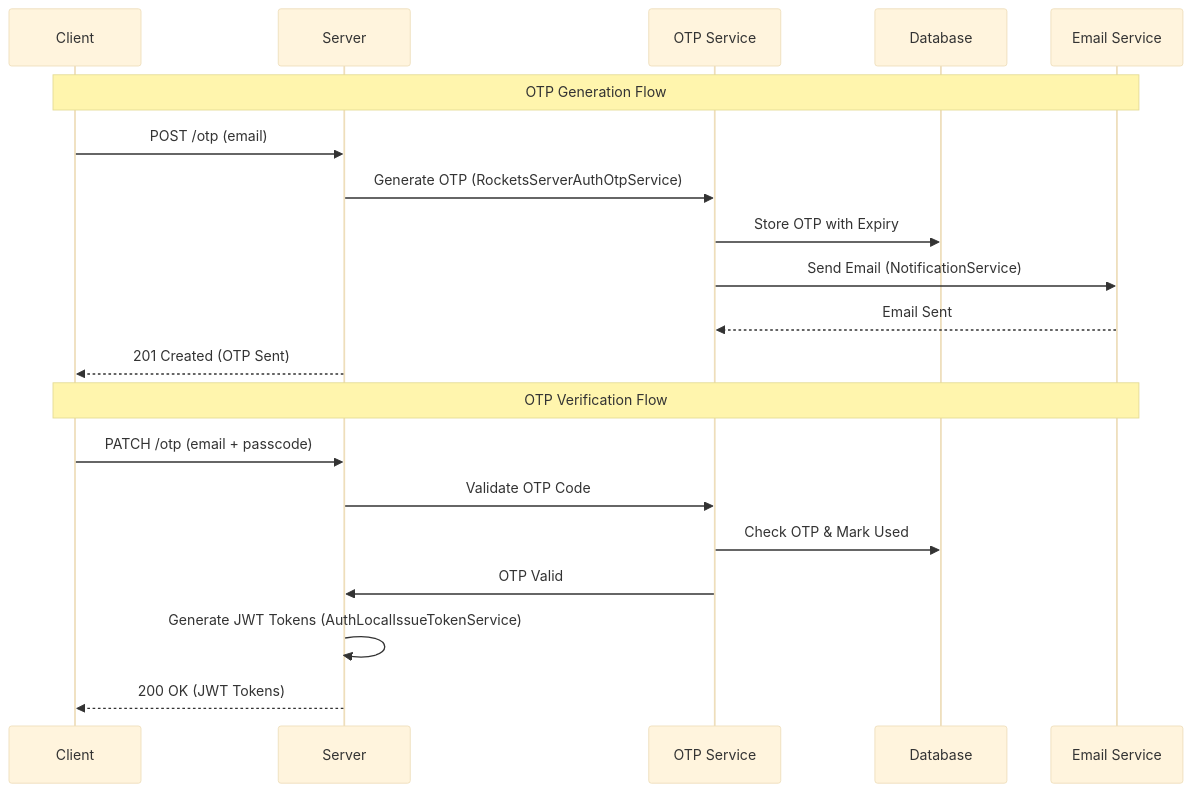
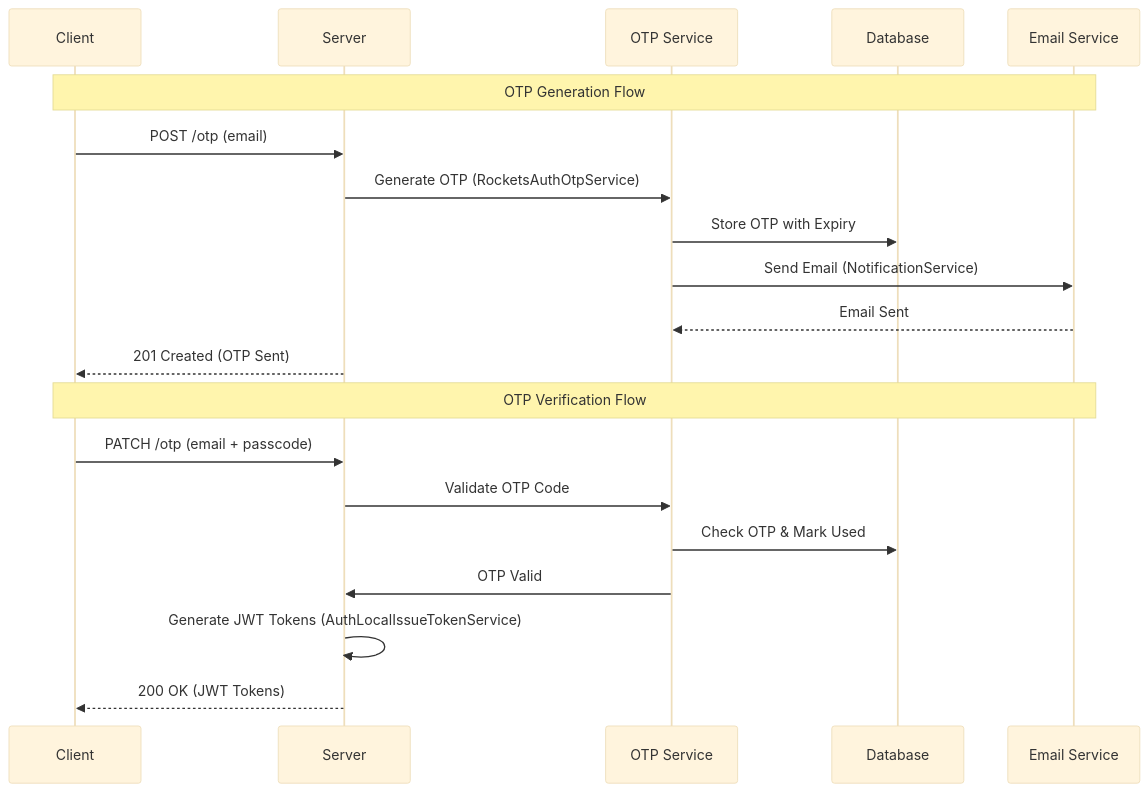
The sixth of 11 diagrams in packages/rockets-server-auth/README.md (tnramalho/rockets-sdk), drawn with Mermaid (base theme) before and after one commit. The commit also changed other lines of this file and 190 other files, not shown here.

````diff
--- a/packages/rockets-server-auth/README.md
+++ b/packages/rockets-server-auth/README.md
@@ -1967,24 +1967,24 @@
 ```mermaid
 sequenceDiagram
     participant C as Client
     participant S as Server
     participant OS as OTP Service
     participant D as Database
     participant E as Email Service
     
     Note over C,E: OTP Generation Flow
     C->>S: POST /otp (email)
-    S->>OS: Generate OTP (RocketsServerAuthOtpService)
+    S->>OS: Generate OTP (RocketsAuthOtpService)
     OS->>D: Store OTP with Expiry
     OS->>E: Send Email (NotificationService)
     E-->>OS: Email Sent
     S-->>C: 201 Created (OTP Sent)
     
     Note over C,E: OTP Verification Flow
     C->>S: PATCH /otp (email + passcode)
     S->>OS: Validate OTP Code
     OS->>D: Check OTP & Mark Used
     OS->>S: OTP Valid
     S->>S: Generate JWT Tokens (AuthLocalIssueTokenService)
     S-->>C: 200 OK (JWT Tokens)
 ```
````
